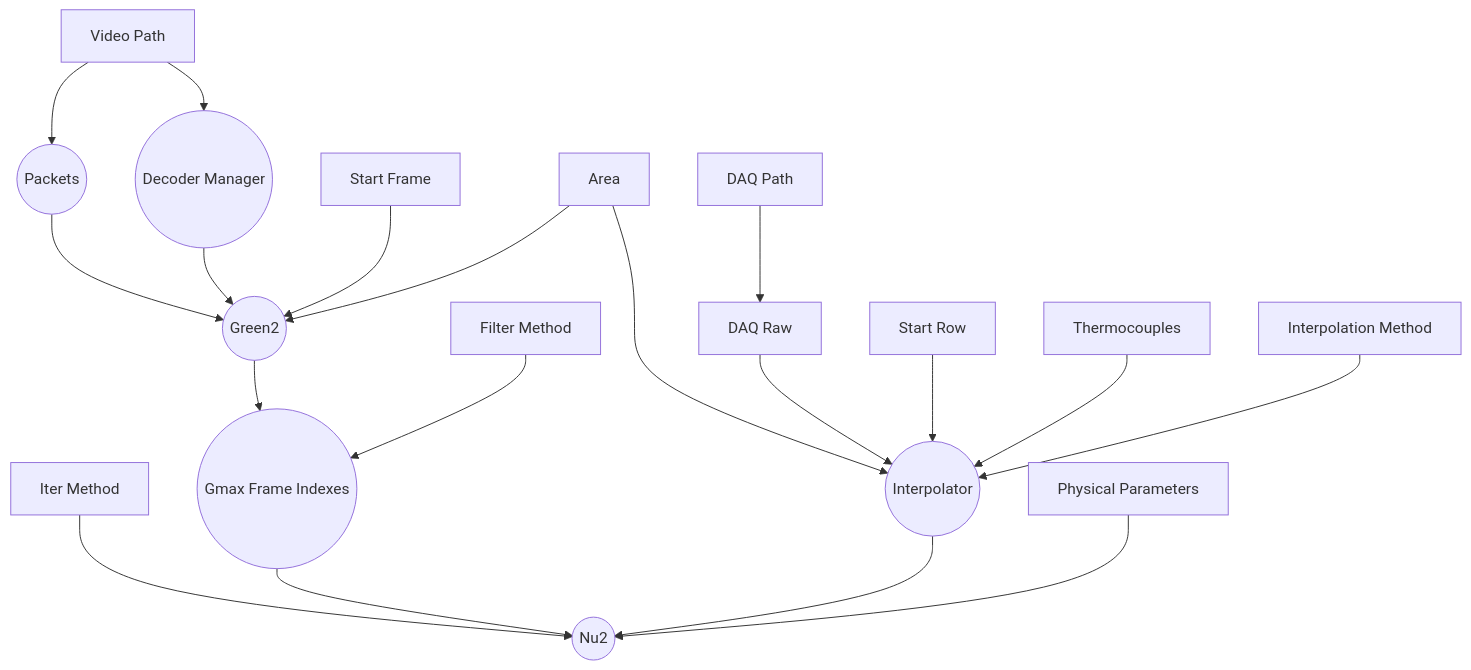
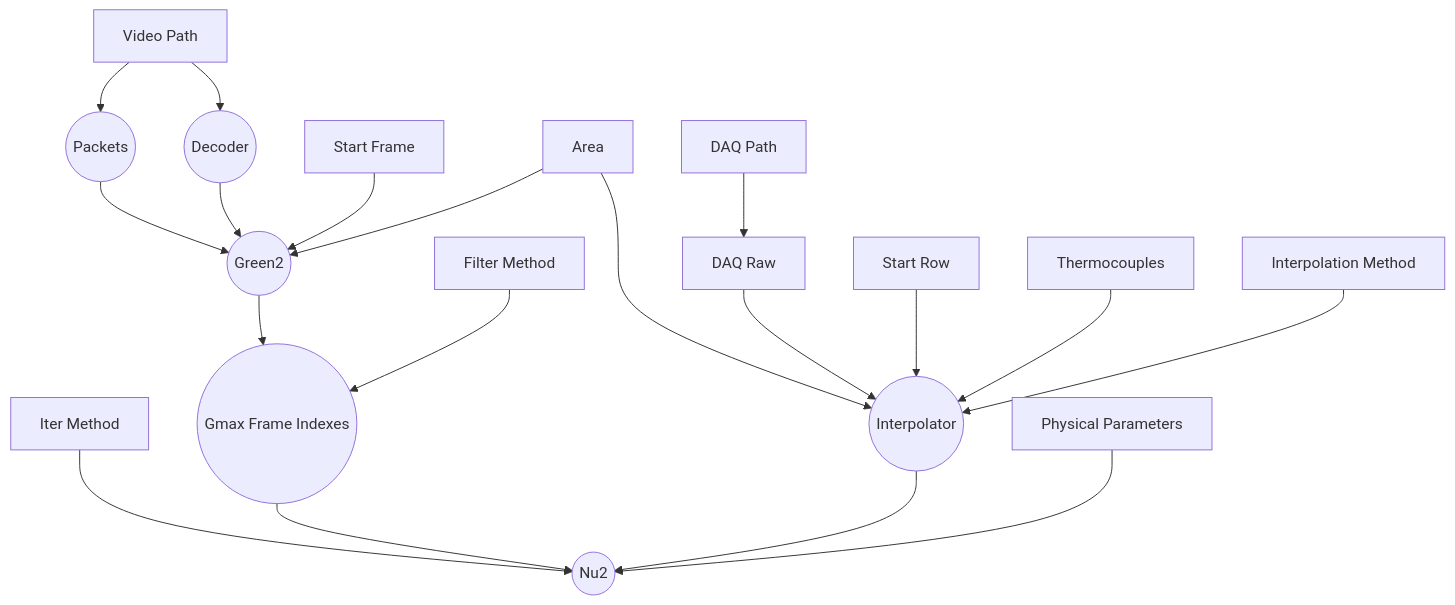
The first of 2 diagrams in README.md (starpact/tlc), drawn with Mermaid before and after one commit. The commit also changed 9 other files, not shown here.

````diff
--- a/README.md
+++ b/README.md
@@ -38,21 +38,21 @@
 ```mermaid
 flowchart
     video_path[Video Path] --> packets((Packets))
-    video_path --> decoder_manager((Decoder Manager))
+    video_path --> decoder((Decoder))
     packets --> green2((Green2))
-    decoder_manager --> green2
+    decoder --> green2
     start_frame[Start Frame] --> green2
     area[Area] --> green2
     area --> interpolator
     green2 --> gmax_frame_indexes((Gmax Frame Indexes))
     daq_path[DAQ Path] --> daq_raw[DAQ Raw]
     daq_raw --> interpolator
     start_row[Start Row] --> interpolator
     thermocouples[Thermocouples] --> interpolator((Interpolator))
     interp_method[Interpolation Method] --> interpolator
     filter_method[Filter Method] --> gmax_frame_indexes
     iter_method[Iter Method] --> nu2((Nu2))
     gmax_frame_indexes --> nu2
     interpolator --> nu2
     physical_param[Physical Parameters] --> nu2
 ```
````
